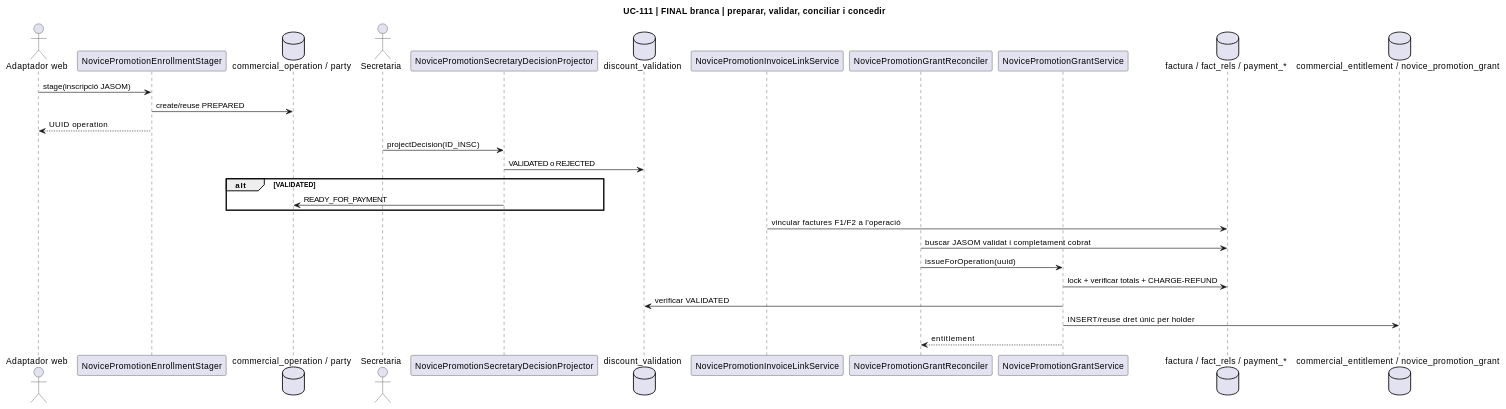
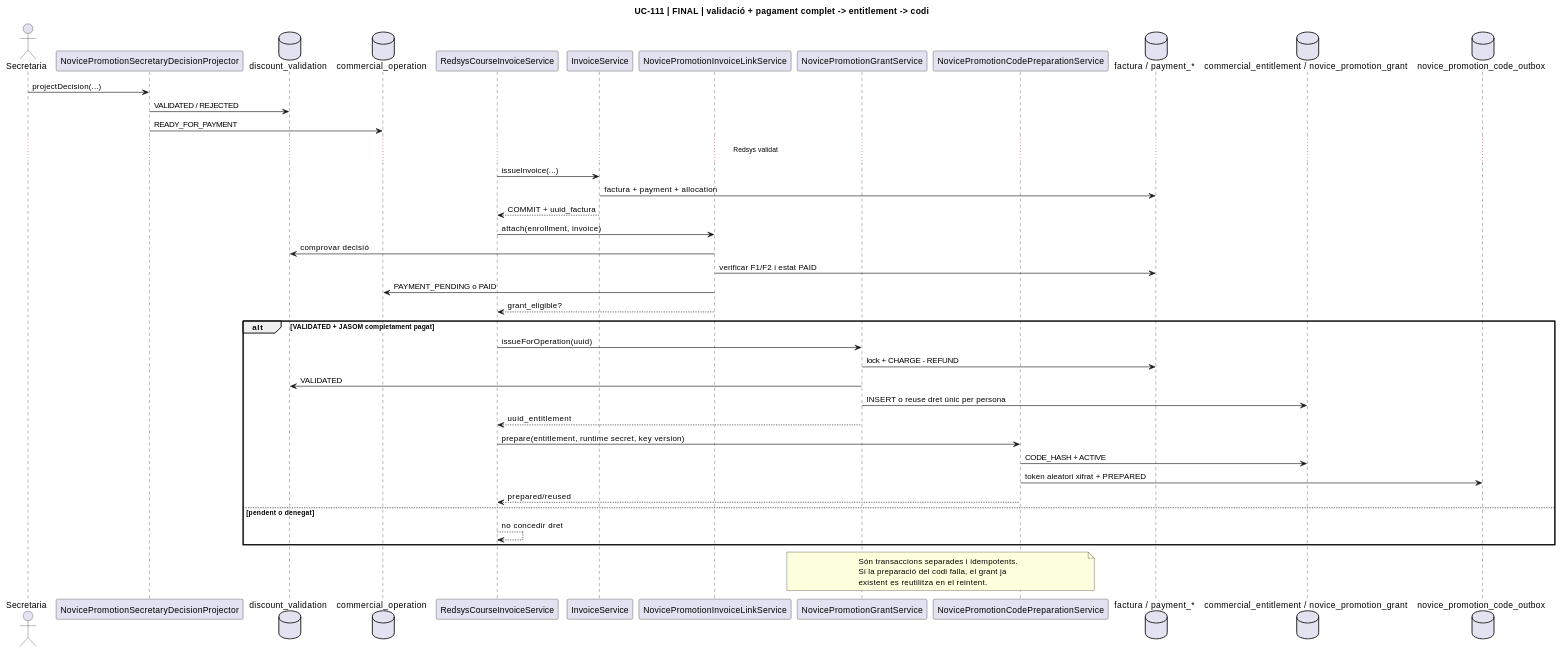
The second of 6 diagrams in documentacio/07-uml-integrat/uc-111-sequencies-actual-final.md (orgmeriemprismacat-del/verifactu), drawn with PlantUML before and after one commit. The commit also changed other lines of this file, not shown here.

Commit message:
UC-111 correct full ACTUAL sequence and post-payment code flow

````diff
--- a/documentacio/07-uml-integrat/uc-111-sequencies-actual-final.md
+++ b/documentacio/07-uml-integrat/uc-111-sequencies-actual-final.md
@@ -42,33 +77,53 @@
 ```plantuml
 @startuml
-title UC-111 | FINAL branca | preparar, validar, conciliar i concedir
-actor "Adaptador web" as Web
-participant NovicePromotionEnrollmentStager as Stage
-database "commercial_operation / party" as Op
+title UC-111 | FINAL | validació + pagament complet -> entitlement -> codi
 actor Secretaria
 participant NovicePromotionSecretaryDecisionProjector as Decision
 database discount_validation as Validation
+database commercial_operation as Operation
+participant RedsysCourseInvoiceService as CoursePayment
+participant InvoiceService as Invoice
 participant NovicePromotionInvoiceLinkService as Link
-participant NovicePromotionGrantReconciler as Reconcile
 participant NovicePromotionGrantService as Grant
-database "factura / fact_rels / payment_*" as Fiscal
+participant NovicePromotionCodePreparationService as Prepare
+database "factura / payment_*" as Fiscal
 database "commercial_entitlement / novice_promotion_grant" as Right
+database novice_promotion_code_outbox as Outbox
 
-Web -> Stage : stage(inscripció JASOM)
-Stage -> Op : create/reuse PREPARED
-Stage --> Web : UUID operation
-Secretaria -> Decision : projectDecision(ID_INSC)
-Decision -> Validation : VALIDATED o REJECTED
-alt VALIDATED
-  Decision -> Op : READY_FOR_PAYMENT
+Secretaria -> Decision : projectDecision(...)
+Decision -> Validation : VALIDATED / REJECTED
+Decision -> Operation : READY_FOR_PAYMENT
+
+... Redsys validat ...
+
+CoursePayment -> Invoice : issueInvoice(...)
+Invoice -> Fiscal : factura + payment + allocation
+Invoice --> CoursePayment : COMMIT + uuid_factura
+
+CoursePayment -> Link : attach(enrollment, invoice)
+Link -> Validation : comprovar decisió
+Link -> Fiscal : verificar F1/F2 i estat PAID
+Link -> Operation : PAYMENT_PENDING o PAID
+Link --> CoursePayment : grant_eligible?
+
+alt VALIDATED + JASOM completament pagat
+  CoursePayment -> Grant : issueForOperation(uuid)
+  Grant -> Fiscal : lock + CHARGE - REFUND
+  Grant -> Validation : VALIDATED
+  Grant -> Right : INSERT o reuse dret únic per persona
+  Grant --> CoursePayment : uuid_entitlement
+  CoursePayment -> Prepare : prepare(entitlement, runtime secret, key version)
+  Prepare -> Right : CODE_HASH + ACTIVE
+  Prepare -> Outbox : token aleatori xifrat + PREPARED
+  Prepare --> CoursePayment : prepared/reused
+else pendent o denegat
+  CoursePayment --> CoursePayment : no concedir dret
 end
 
-Link -> Fiscal : vincular factures F1/F2 a l'operació
-Reconcile -> Fiscal : buscar JASOM validat i completament cobrat
-Reconcile -> Grant : issueForOperation(uuid)
-Grant -> Fiscal : lock + verificar totals + CHARGE-REFUND
-Grant -> Validation : verificar VALIDATED
-Grant -> Right : INSERT/reuse dret únic per holder
-Grant --> Reconcile : entitlement
+note over Grant,Prepare
+  Són transaccions separades i idempotents.
+  Si la preparació del codi falla, el grant ja
+  existent es reutilitza en el reintent.
+end note
 @enduml
 ```
````
